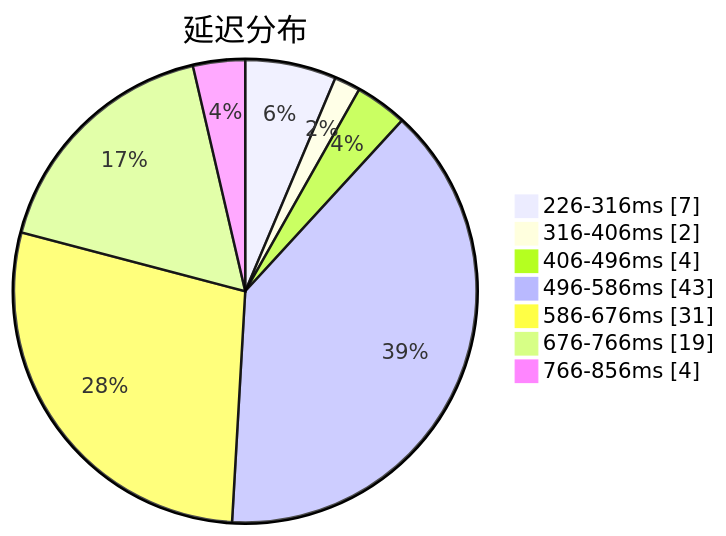
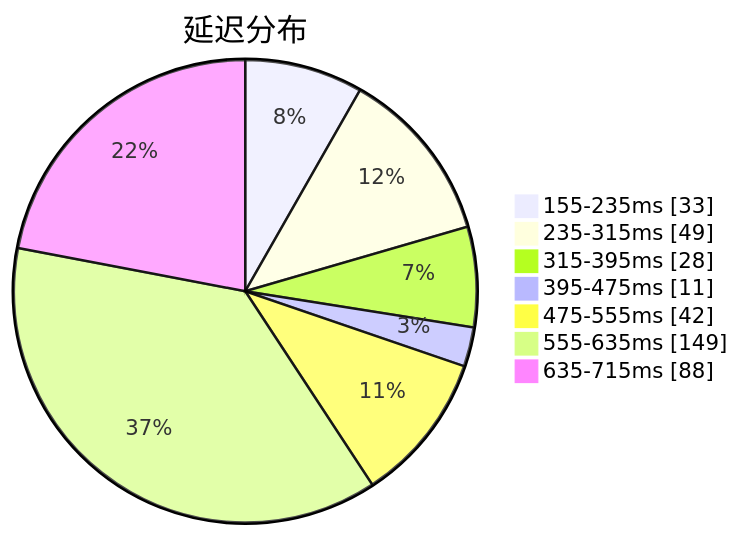
Before and after one commit to qjlxg/airport: the first of 3 diagrams in subs/statistics/tested_within.md, drawn with Mermaid. The commit also changed other lines of this file and 2 other files, not shown here.

Commit message:
Tested by metaST

````diff
--- a/subs/statistics/tested_within.md
+++ b/subs/statistics/tested_within.md
@@ -2,11 +2,11 @@
 ```mermaid
 pie showData
 title 延迟分布
-"226-316ms" : 7
-"316-406ms" : 2
-"406-496ms" : 4
-"496-586ms" : 43
-"586-676ms" : 31
-"676-766ms" : 19
-"766-856ms" : 4
+"155-235ms" : 33
+"235-315ms" : 49
+"315-395ms" : 28
+"395-475ms" : 11
+"475-555ms" : 42
+"555-635ms" : 149
+"635-715ms" : 88
 ```
````
